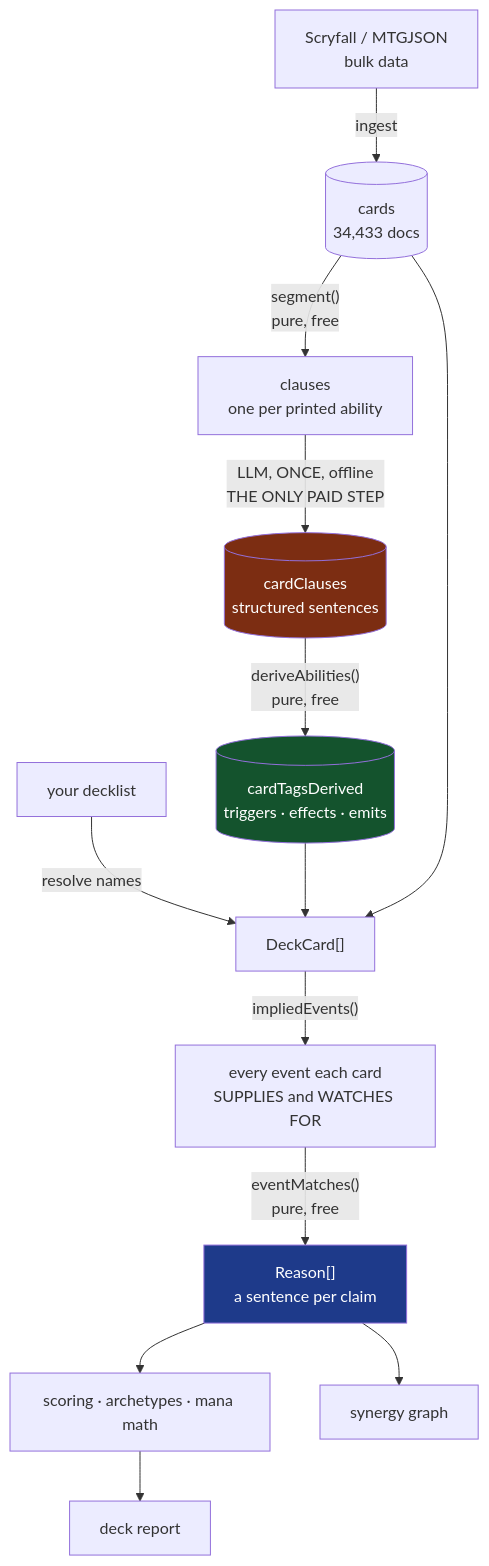
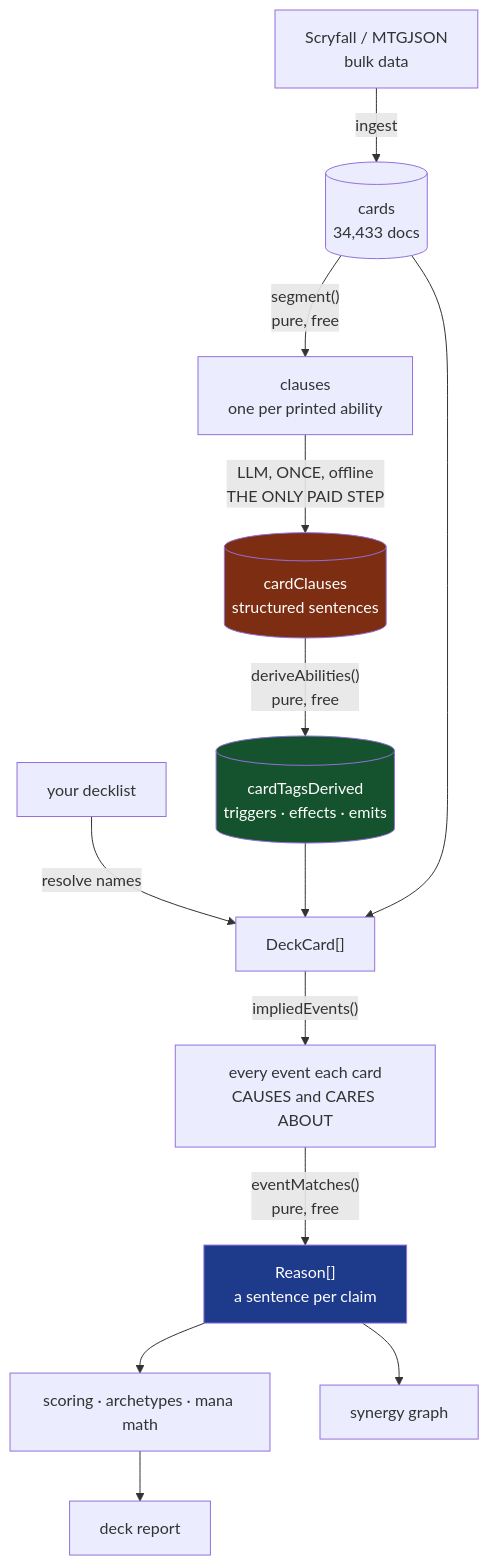
Before and after one commit to SetsudanHana/edh-seer: the first of 4 diagrams in docs/HOW-IT-WORKS.md, drawn with Mermaid. The commit also changed other lines of this file and 31 other files, not shown here.

````diff
--- a/docs/HOW-IT-WORKS.md
+++ b/docs/HOW-IT-WORKS.md
@@ -25,20 +26,20 @@
 ```mermaid
 flowchart TD
     A["Scryfall / MTGJSON<br/>bulk data"] -->|ingest| B[("cards<br/>34,433 docs")]
     B -->|"segment()<br/>pure, free"| C["clauses<br/>one per printed ability"]
     C -->|"LLM, ONCE, offline<br/>THE ONLY PAID STEP"| D[("cardClauses<br/>structured sentences")]
     D -->|"deriveAbilities()<br/>pure, free"| E[("cardTagsDerived<br/>triggers · effects · emits")]
 
     F["your decklist"] -->|resolve names| G["DeckCard[]"]
     E --> G
     B --> G
-    G -->|"impliedEvents()"| H["every event each card<br/>SUPPLIES and WATCHES FOR"]
+    G -->|"impliedEvents()"| H["every event each card<br/>CAUSES and CARES ABOUT"]
     H -->|"eventMatches()<br/>pure, free"| I["Reason[]<br/>a sentence per claim"]
     I --> J["scoring · archetypes · mana math"]
     J --> K["deck report"]
     I --> L["synergy graph"]
 
     style D fill:#7c2d12,color:#fff
     style E fill:#14532d,color:#fff
     style I fill:#1e3a8a,color:#fff
 ```
````
